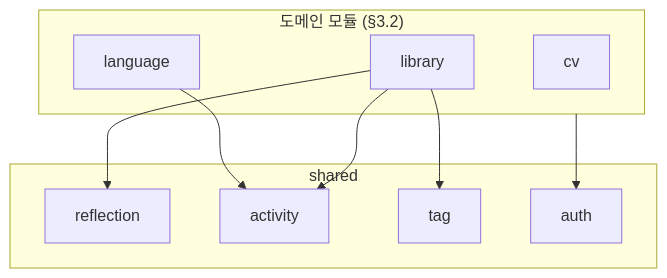
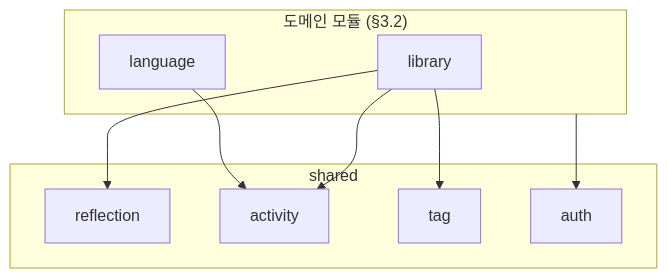
Before and after one commit to LeeSongHeon-LSH/LSHobby: the first of 4 diagrams in docs/15-dcd.md, drawn with Mermaid. The commit also changed other lines of this file and 26 other files, not shown here.

````diff
--- a/docs/15-dcd.md
+++ b/docs/15-dcd.md
@@ -11,17 +11,16 @@
 ```mermaid
 flowchart TD
     subgraph domain["도메인 모듈 (§3.2)"]
         LIB[library]
         LANG[language]
-        CV[cv]
     end
     subgraph shared["shared"]
         REF[reflection]
         ACT[activity]
         TAG[tag]
         AUTH[auth]
     end
     LIB --> REF & ACT & TAG
     LANG --> ACT
     domain --> AUTH
 ```
````
